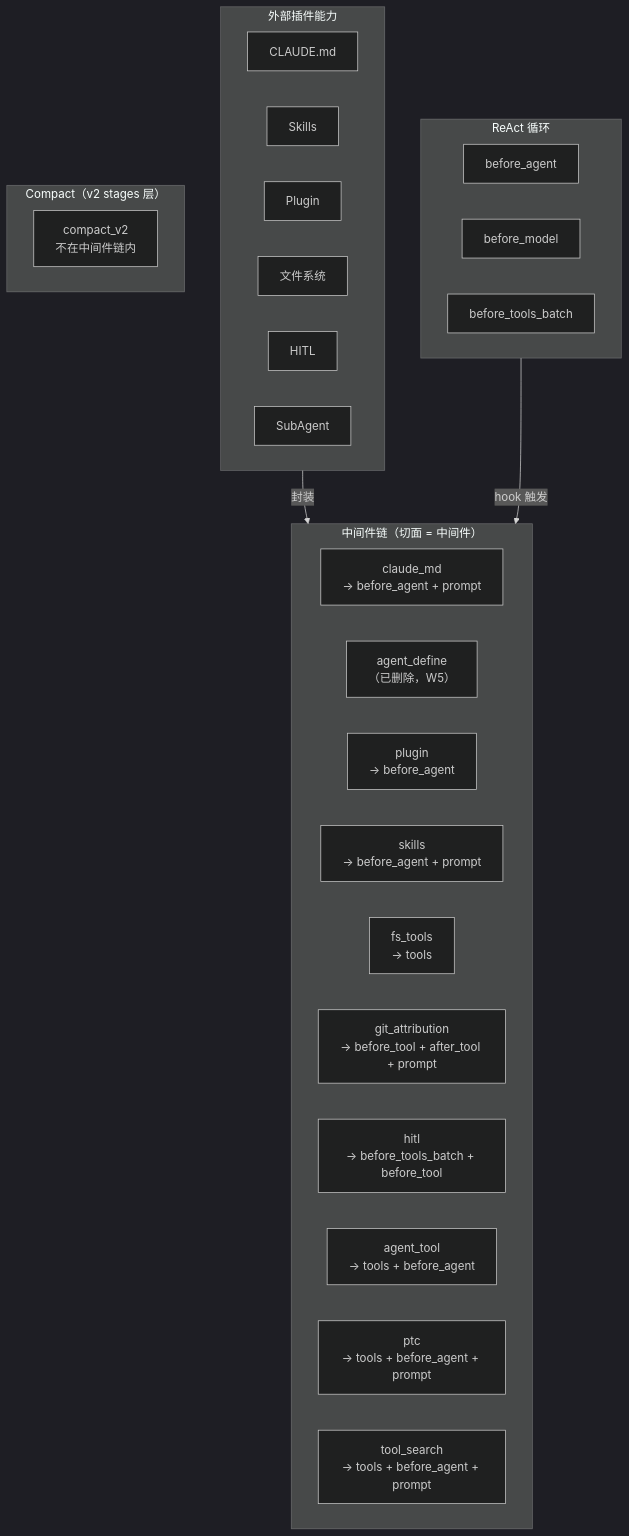
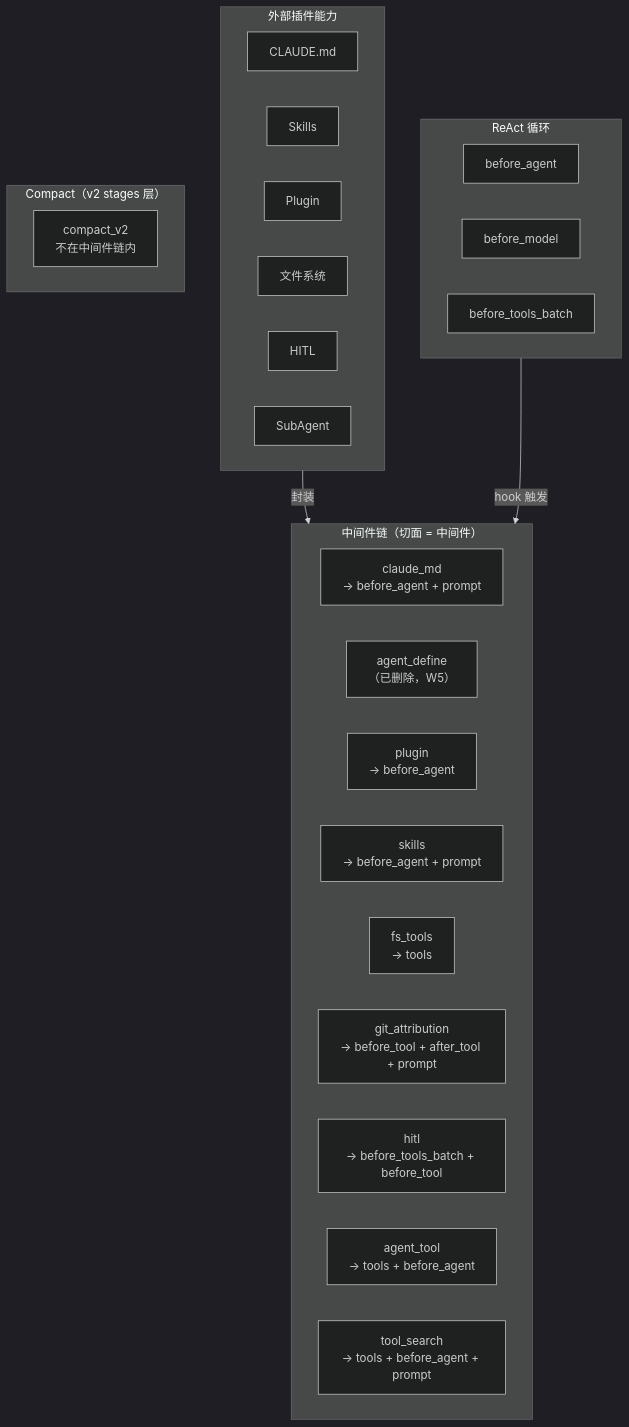
The diagram in docs/design/middleware-system.md (KonghaYao/peri), drawn with Mermaid (dark theme) before and after one commit. The commit also changed other lines of this file and 80 other files, not shown here.

````diff
--- a/docs/design/middleware-system.md
+++ b/docs/design/middleware-system.md
@@ -20,38 +20,37 @@
 ```mermaid
 graph TB
     subgraph PLUGIN["外部插件能力"]
         P1["CLAUDE.md"]
         P2["Skills"]
         P3["Plugin"]
         P4["文件系统"]
         P5["HITL"]
         P6["SubAgent"]
     end
 
     subgraph CHAIN["中间件链（切面 = 中间件）"]
         direction LR
         C1["claude_md<br/>→ before_agent + prompt"]
         C1b["agent_define<br/>（已删除，W5）"]
         C1c["plugin<br/>→ before_agent"]
         C2["skills<br/>→ before_agent + prompt"]
         C3["fs_tools<br/>→ tools"]
         C3b["git_attribution<br/>→ before_tool + after_tool + prompt"]
         C4["hitl<br/>→ before_tools_batch + before_tool"]
         C5["agent_tool<br/>→ tools + before_agent"]
-        C6["ptc<br/>→ tools + before_agent + prompt"]
         C7["tool_search<br/>→ tools + before_agent + prompt"]
     end
 
     subgraph REACT["ReAct 循环"]
         H1["before_agent"]
         H2["before_model"]
         H3["before_tools_batch"]
     end
 
     subgraph COMPACT["Compact（v2 stages 层）"]
         H4["compact_v2<br/>不在中间件链内"]
     end
 
     PLUGIN -->|"封装"| CHAIN
     REACT -->|"hook 触发"| CHAIN
 ```
````
